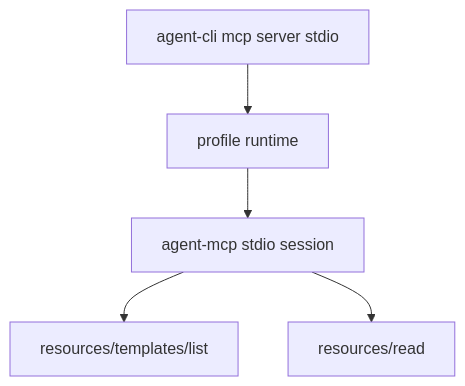
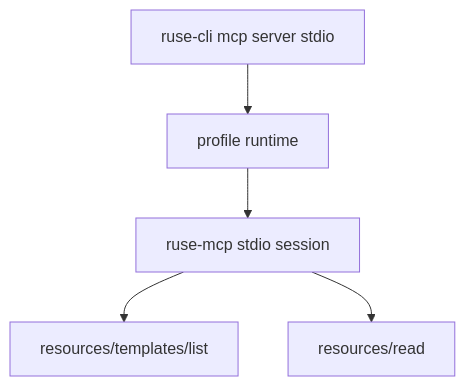
One commit to poneding/agent changed the diagram in docs/specs/M37-04-cli-stdio-resource-templates.spec.md. Above: the diagram before and after it, drawn with Mermaid. The commit also changed other lines of this file and 2091 other files, not shown here.

First line of the commit message:
refactor: rename agent branding to ruse

````diff
--- a/docs/specs/M37-04-cli-stdio-resource-templates.spec.md
+++ b/docs/specs/M37-04-cli-stdio-resource-templates.spec.md
@@ -30,7 +30,7 @@
 ```mermaid
 flowchart TD
-  CLI["agent-cli mcp server stdio"] --> Profile["profile runtime"]
-  Profile --> Session["agent-mcp stdio session"]
+  CLI["ruse-cli mcp server stdio"] --> Profile["profile runtime"]
+  Profile --> Session["ruse-mcp stdio session"]
   Session --> List["resources/templates/list"]
   Session --> Read["resources/read"]
 ```
````
